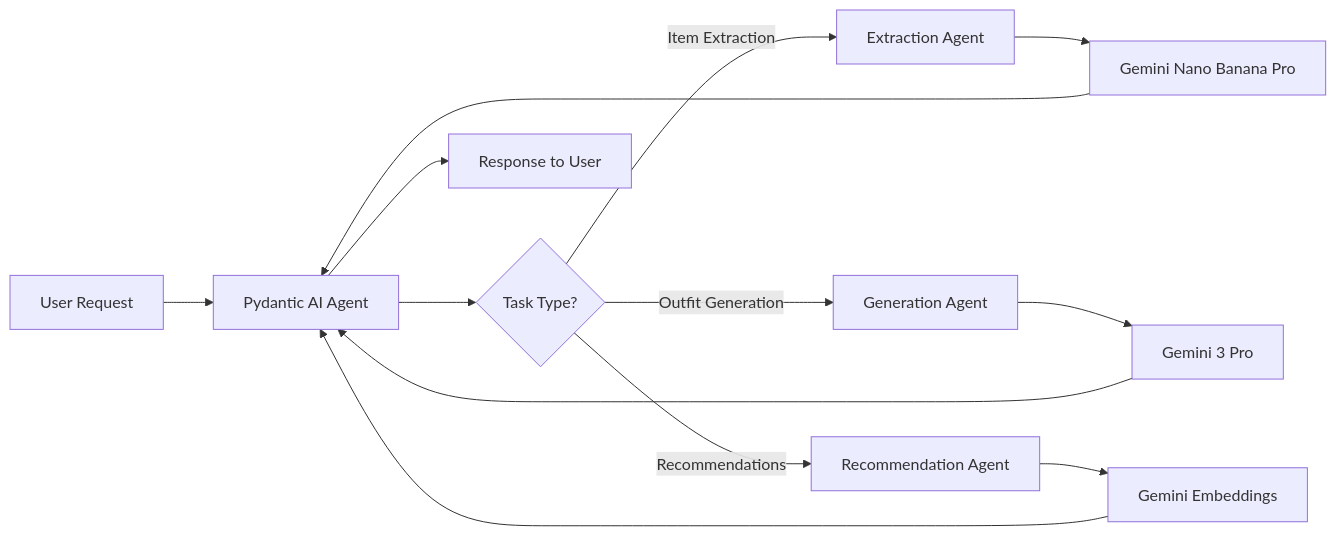
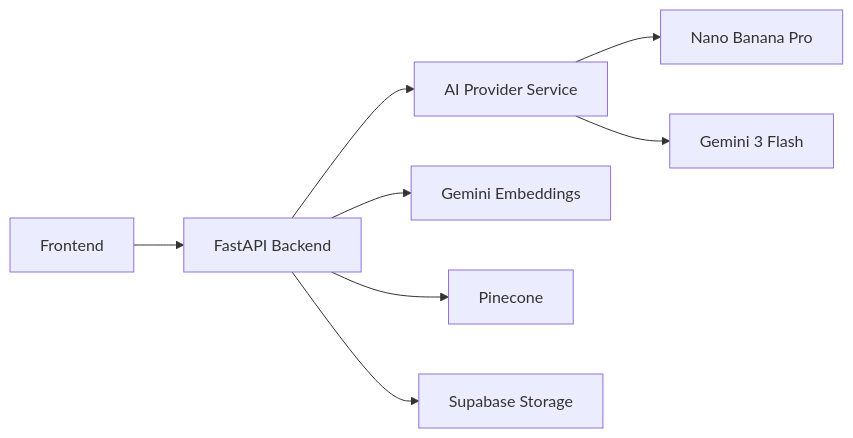
One commit to 360ghar/fitcheck-ai changed the second of 11 diagrams in docs/2-technical/architecture.md. Above: the diagram before and after it, drawn with Mermaid. The commit also changed other lines of this file and 204 other files, not shown here.

````diff
--- a/docs/2-technical/architecture.md
+++ b/docs/2-technical/architecture.md
@@ -152,15 +161,10 @@
 ```mermaid
 graph LR
-    A[User Request] --> B[Pydantic AI Agent]
-    B --> C{Task Type?}
-    C -->|Item Extraction| D[Extraction Agent]
-    C -->|Outfit Generation| E[Generation Agent]
-    C -->|Recommendations| F[Recommendation Agent]
-    D --> G[Gemini Nano Banana Pro]
-    E --> H[Gemini 3 Pro]
-    F --> I[Gemini Embeddings]
-    G --> B
-    H --> B
-    I --> B
-    B --> J[Response to User]
+    FE[Frontend] --> API[FastAPI Backend]
+    API --> AI_API[AI Provider Service]
+    AI_API --> NANO[Nano Banana Pro]
+    AI_API --> FLASH[Gemini 3 Flash]
+    API --> EMB[Gemini Embeddings]
+    API --> PINE[Pinecone]
+    API --> STORAGE[Supabase Storage]
 ```
````
